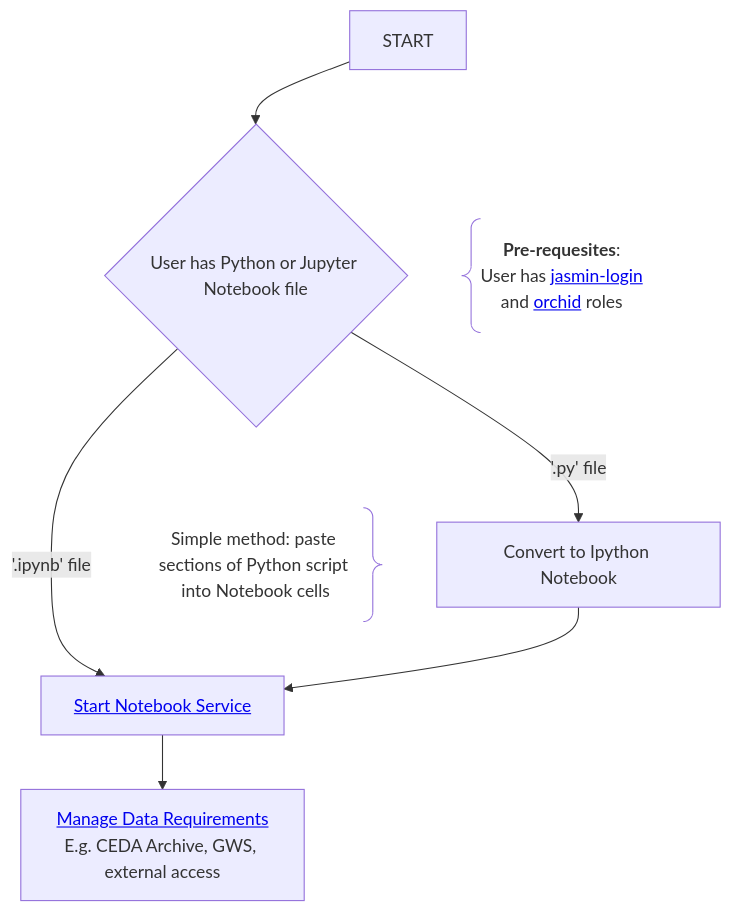
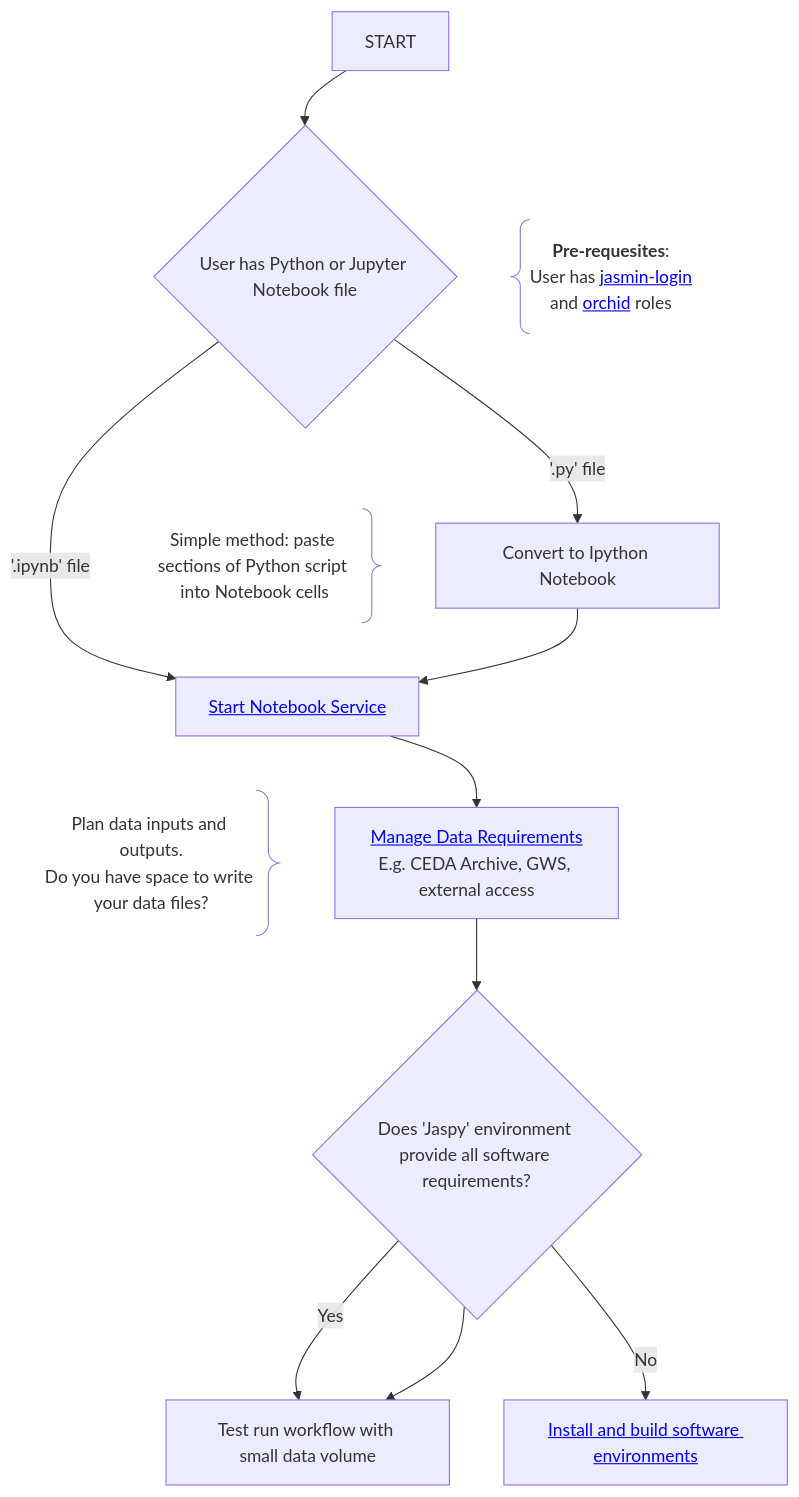
One commit to agstephens/proto-jasmin-mermaid-docs changed the first of 2 diagrams in README.md. Above: the diagram before and after it, drawn with Mermaid.

````diff
--- a/README.md
+++ b/README.md
@@ -12,18 +12,26 @@
 ```mermaid
 flowchart TD
     START --> PY_IPYNB{User has Python or Jupyter Notebook file}
 
-    START ~~~ L2_COMMENT@{ shape: brace-l, label: "<b>Pre-requesites</b>:
+    START ~~~ C1@{ shape: brace-l, label: "<b>Pre-requesites</b>:
         User has <a href='http://help.jasmin.ac.uk/docs/getting-started/get-login-account/'>jasmin-login</a> 
         and <a href='https://help.jasmin.ac.uk/docs/batch-computing/orchid-gpu-cluster/#request-access-to-orchid'>orchid</a> roles" }
 
     PY_IPYNB -->|'.ipynb' file| START_NBS[<a href="https://help.jasmin.ac.uk/docs/interactive-computing/jasmin-notebooks-service/#using-the-jasmin-notebook-service">Start Notebook Service</a>]
     PY_IPYNB -->|'.py' file| CONVERT_PY[Convert to Ipython Notebook]
 
-    PY_IPYNB ~~~ L3_COMMENT@{ shape: brace-r, label: "Simple method: paste sections of Python script into Notebook cells"}
+    PY_IPYNB ~~~ C2@{ shape: brace-r, label: "Simple method: paste sections of Python script into Notebook cells"}
 
-    CONVERT_PY --> START_NBS --> DATA_NEEDS[<a href="https://github.com/agstephens/proto-jasmin-mermaid-docs/blob/main/README.md#managing-data-access">Manage Data Requirements</a><br/>E.g. CEDA Archive, GWS, external access]
+    CONVERT_PY --> START_NBS
+    START_NBS ~~~ C3@{ shape: brace-r, label: "Plan data inputs and outputs.<br/>Do you have space to write your data files?"}
+    
+    START_NBS --> DATA_NEEDS[<a href="https://github.com/agstephens/proto-jasmin-mermaid-docs/blob/main/README.md#managing-data-access">Manage Data Requirements</a><br/>E.g. CEDA Archive, GWS, external access]
 
+    DATA_NEEDS --> SW_NEEDS{Does 'Jaspy' environment provide all software requirements?}
 
+    SW_NEEDS -->|Yes| TEST_RUN[Test run workflow with small data volume]
+    SW_NEEDS -->|No| SW_INSTALL[<a href="https://github.com/agstephens/proto-jasmin-mermaid-docs/blob/main/README.md#managing-software-environments">Install and build software environments</a>]
+
+    SW_NEEDS --> TEST_RUN
 
 ```
````
